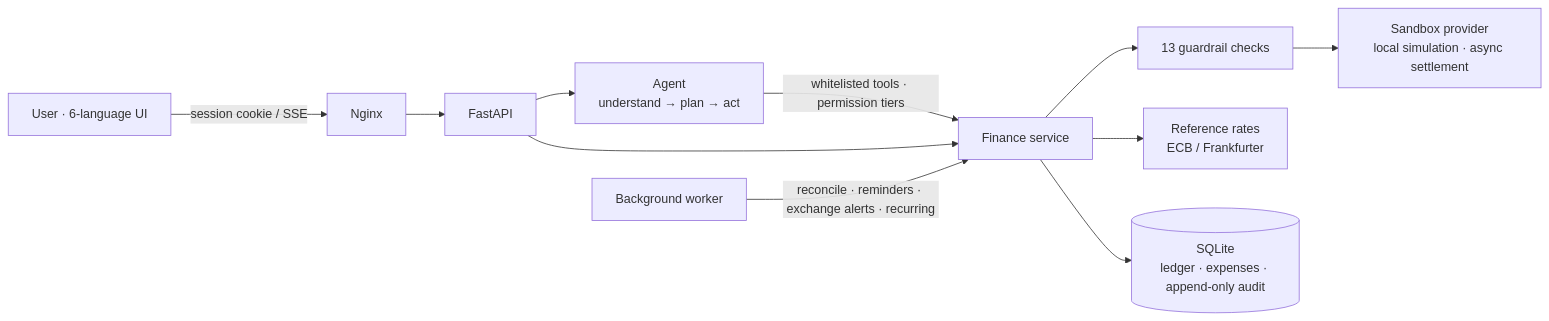
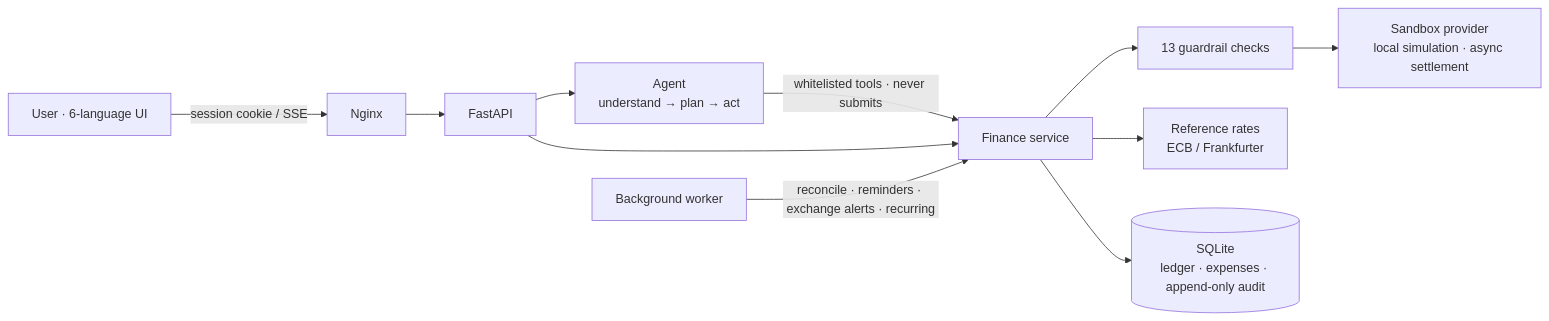
The diagram in README.md (ytan0008/dot-remittance-agent), drawn with Mermaid before and after one commit. The commit also changed other lines of this file and 61 other files, not shown here.

````diff
--- a/README.md
+++ b/README.md
@@ -142,13 +185,13 @@
 ```mermaid
 flowchart LR
     U[User · 6-language UI] -->|session cookie / SSE| N[Nginx]
     N --> API[FastAPI]
     API --> AG[Agent<br/>understand → plan → act]
-    AG -->|whitelisted tools · permission tiers| S[Finance service]
+    AG -->|whitelisted tools · never submits| S[Finance service]
     API --> S
     S --> G[13 guardrail checks]
     G --> SB[Sandbox provider<br/>local simulation · async settlement]
     S --> R[Reference rates<br/>ECB / Frankfurter]
     S --> DB[(SQLite<br/>ledger · expenses · append-only audit)]
     W[Background worker] -->|reconcile · reminders · exchange alerts · recurring| S
 ```
````
